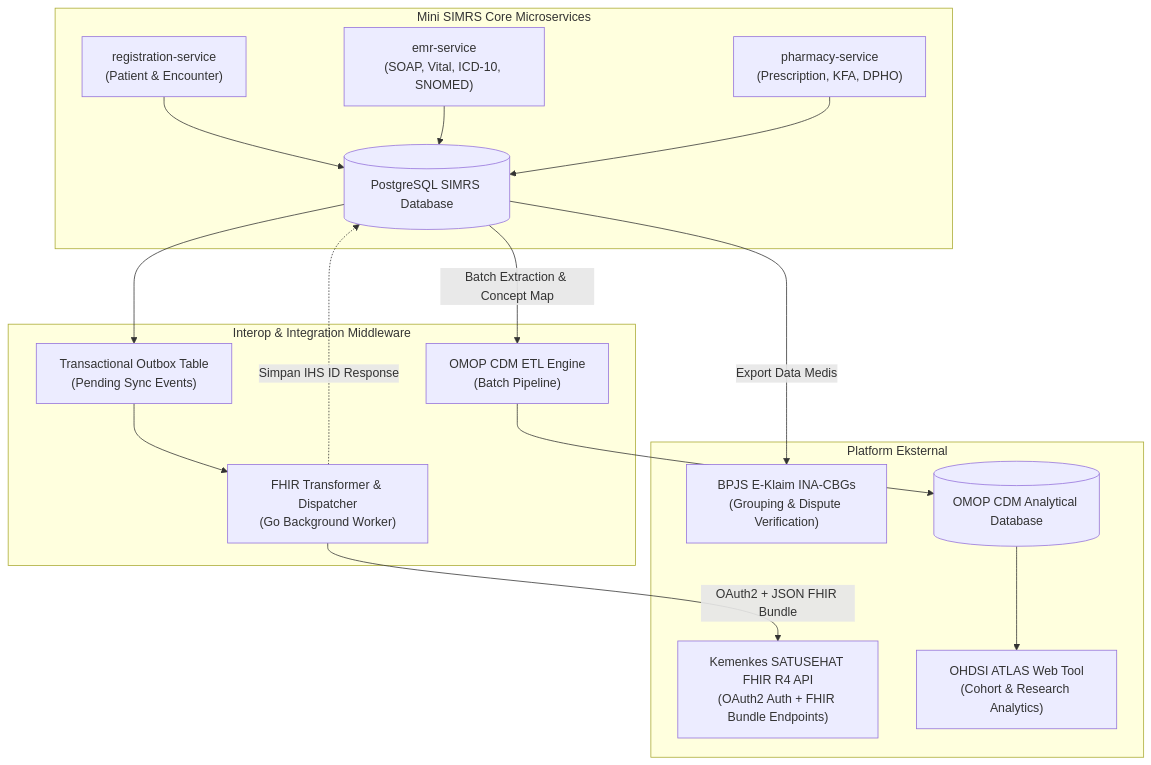
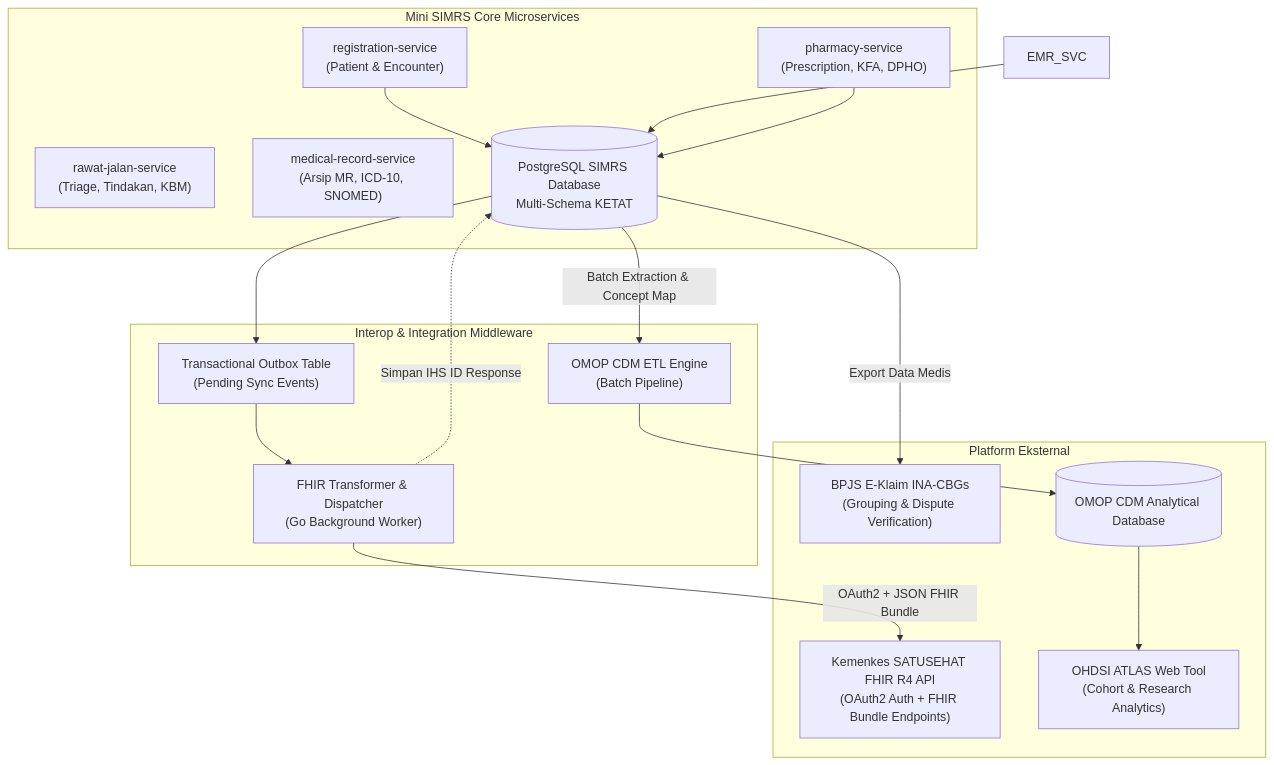
One commit to odealidj/go-micro-simrs-one changed the diagram in docs/ROADMAP_DAN_RANCANGAN_INTEROPERABILITAS_FHIR_DAN_OMOP_CDM.md. Above: the diagram before and after it, drawn with Mermaid. The commit also changed other lines of this file and 5 other files, not shown here.

First line of the commit message:
docs: update business and technical documentation for multi-schema and rawat-jalan separation

````diff
--- a/docs/ROADMAP_DAN_RANCANGAN_INTEROPERABILITAS_FHIR_DAN_OMOP_CDM.md
+++ b/docs/ROADMAP_DAN_RANCANGAN_INTEROPERABILITAS_FHIR_DAN_OMOP_CDM.md
@@ -110,36 +110,37 @@
 ```mermaid
 flowchart TD
     subgraph SIMRS_CORE ["Mini SIMRS Core Microservices"]
         REG_SVC["registration-service<br/>(Patient & Encounter)"]
-        EMR_SVC["emr-service<br/>(SOAP, Vital, ICD-10, SNOMED)"]
+        RJ_SVC["rawat-jalan-service<br/>(Triage, Tindakan, KBM)"]
+        MR_SVC["medical-record-service<br/>(Arsip MR, ICD-10, SNOMED)"]
         PHARM_SVC["pharmacy-service<br/>(Prescription, KFA, DPHO)"]
-        PG_DB[(PostgreSQL SIMRS Database)]
+        PG_DB[(PostgreSQL SIMRS Database<br/>Multi-Schema KETAT)]
     end
 
     subgraph INTEROP_LAYER ["Interop & Integration Middleware"]
         OUTBOX["Transactional Outbox Table<br/>(Pending Sync Events)"]
         FHIR_WORKER["FHIR Transformer & Dispatcher<br/>(Go Background Worker)"]
         OMOP_ETL["OMOP CDM ETL Engine<br/>(Batch Pipeline)"]
     end
 
     subgraph EXTERNAL_PLATFORMS ["Platform Eksternal"]
         SATUSEHAT["Kemenkes SATUSEHAT FHIR R4 API<br/>(OAuth2 Auth + FHIR Bundle Endpoints)"]
         BPJS_EKLAIM["BPJS E-Klaim INA-CBGs<br/>(Grouping & Dispute Verification)"]
         OMOP_DB[(OMOP CDM Analytical Database)]
         ATLAS_UI["OHDSI ATLAS Web Tool<br/>(Cohort & Research Analytics)"]
     end
 
     REG_SVC --> PG_DB
     EMR_SVC --> PG_DB
     PHARM_SVC --> PG_DB
 
     PG_DB --> OUTBOX
     OUTBOX --> FHIR_WORKER
     FHIR_WORKER -->|OAuth2 + JSON FHIR Bundle| SATUSEHAT
     FHIR_WORKER -.->|Simpan IHS ID Response| PG_DB
 
     PG_DB -->|Export Data Medis| BPJS_EKLAIM
     PG_DB -->|Batch Extraction & Concept Map| OMOP_ETL
     OMOP_ETL --> OMOP_DB
     OMOP_DB --> ATLAS_UI
 ```
````
